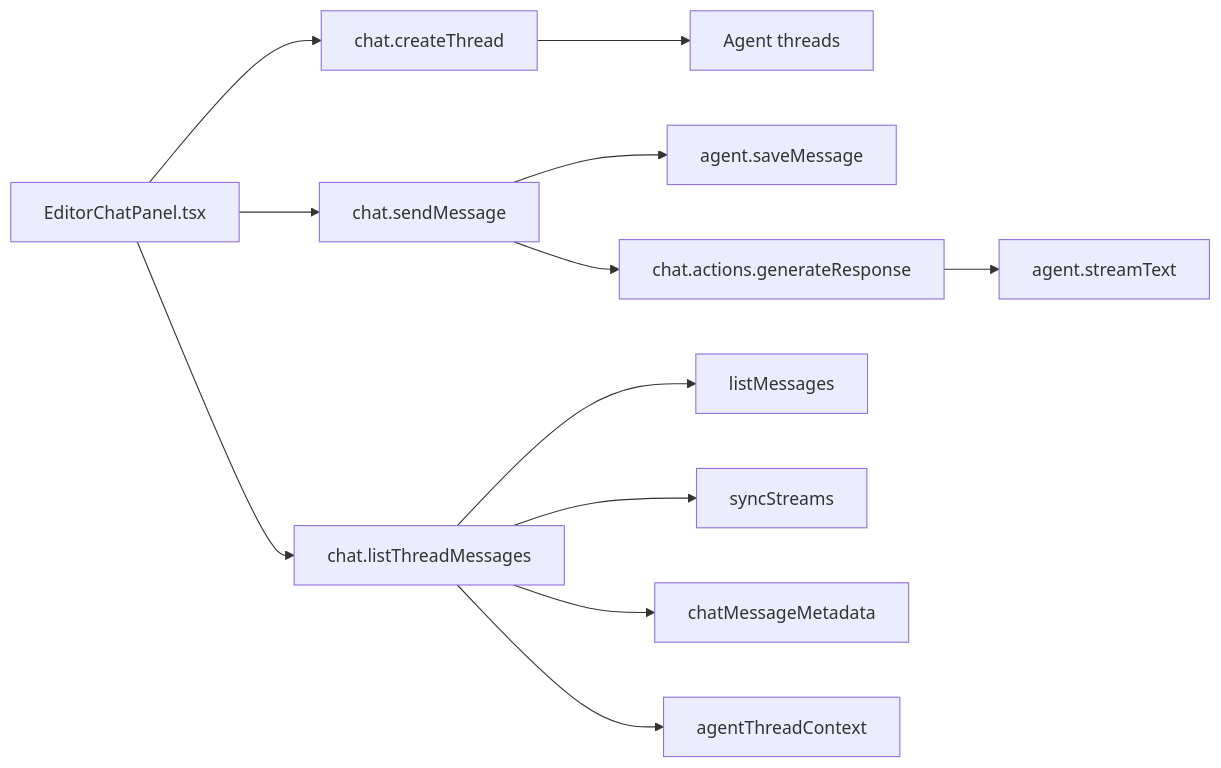
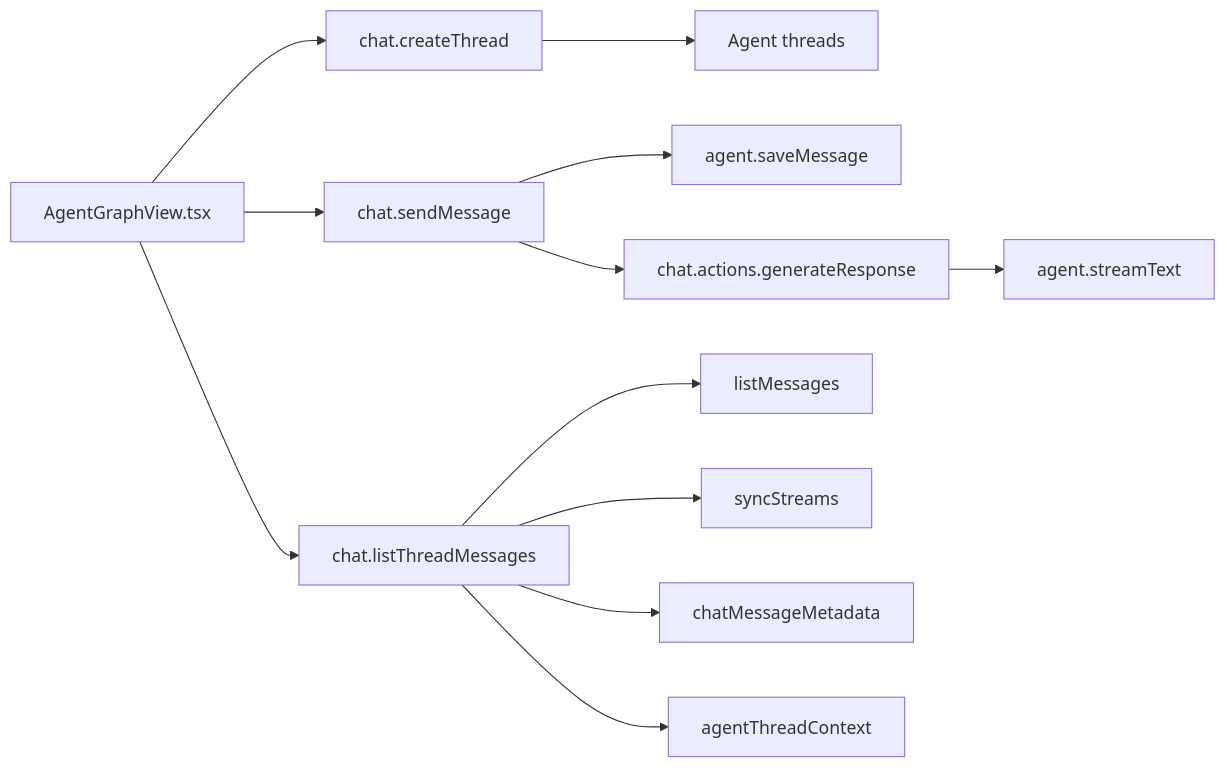
Before and after one commit to samebase/samebase: the diagram in apps/samebase/convex/README.md, drawn with Mermaid. The commit also changed 4 other files, not shown here.

````diff
--- a/apps/samebase/convex/README.md
+++ b/apps/samebase/convex/README.md
@@ -17,16 +17,16 @@
 ```mermaid
 flowchart LR
-  UI["EditorChatPanel.tsx"] --> CT["chat.createThread"]
+  UI["AgentGraphView.tsx"] --> CT["chat.createThread"]
   CT --> AT["Agent threads"]
 
   UI --> SM["chat.sendMessage"]
   SM --> SAV["agent.saveMessage"]
   SM --> GR["chat.actions.generateResponse"]
   GR --> ST["agent.streamText"]
 
   UI --> LM["chat.listThreadMessages"]
   LM --> LIST["listMessages"]
   LM --> SYNC["syncStreams"]
   LM --> META["chatMessageMetadata"]
   LM --> CTX["agentThreadContext"]
 ```
````
